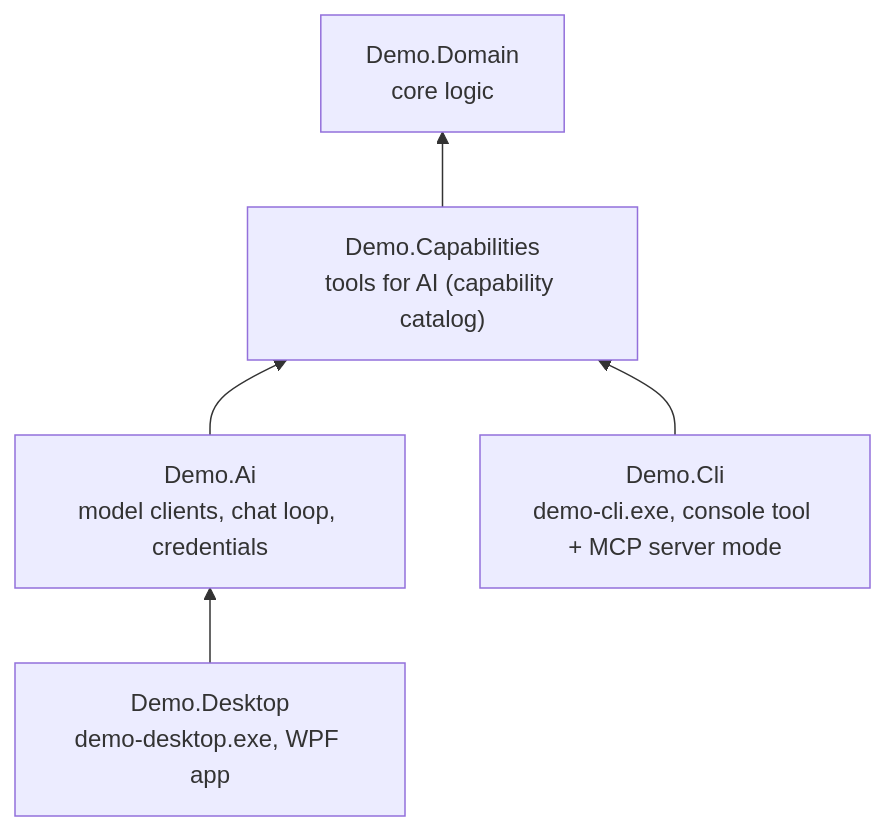
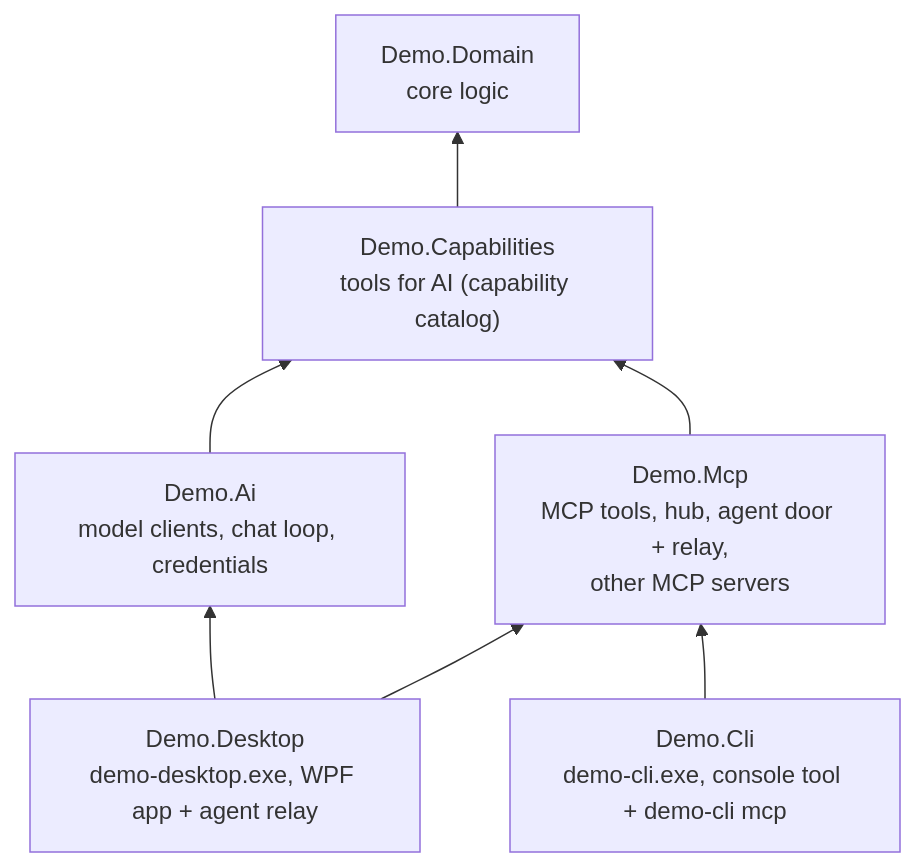
Before and after one commit to RelentlessOldMan/ChatbotAddonDemo: the eighth of 8 diagrams in docs/design.md, drawn with Mermaid. The commit also changed other lines of this file and 74 other files, not shown here.

First line of the commit message:
Add an MCP hub to the desktop app: one door for the chat, coding agents and other MCP servers

````diff
--- a/docs/design.md
+++ b/docs/design.md
@@ -437,12 +539,15 @@
 ```mermaid
 flowchart BT
     domain["Demo.Domain<br/>core logic"]
     caps["Demo.Capabilities<br/>tools for AI (capability catalog)"]
+    mcplib["Demo.Mcp<br/>MCP tools, hub, agent door + relay,<br/>other MCP servers"]
     ai["Demo.Ai<br/>model clients, chat loop, credentials"]
-    desk["Demo.Desktop<br/>demo-desktop.exe, WPF app"]
-    cli["Demo.Cli<br/>demo-cli.exe, console tool + MCP server mode"]
+    desk["Demo.Desktop<br/>demo-desktop.exe, WPF app + agent relay"]
+    cli["Demo.Cli<br/>demo-cli.exe, console tool + demo-cli mcp"]
     caps --> domain
+    mcplib --> caps
     ai --> caps
     desk --> ai
-    cli --> caps
+    desk --> mcplib
+    cli --> mcplib
 ```
````
